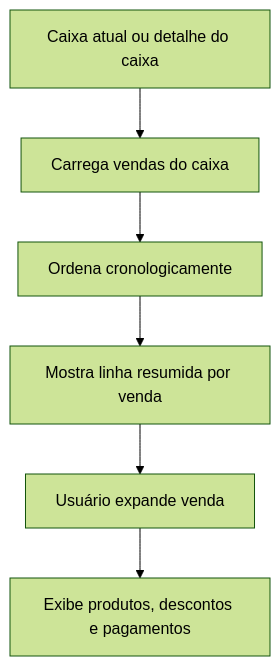
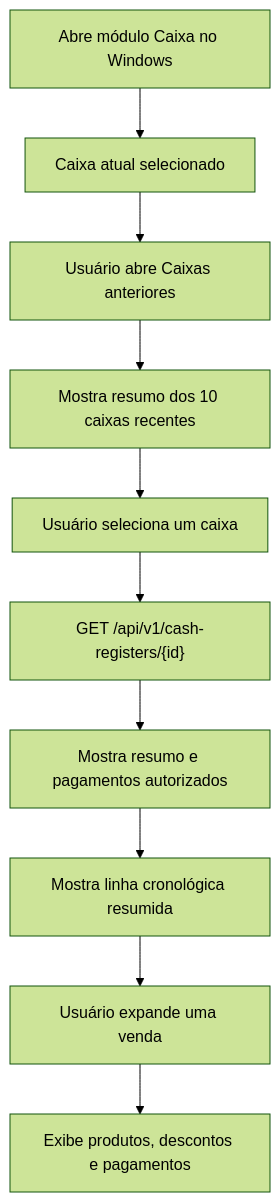
The seventh of 11 diagrams in docs/06-fluxo-sistema.md (RafaelBG7/pdv2026), drawn with Mermaid (forest theme) before and after one commit. The commit also changed 6 other files, not shown here.

Commit message:
docs(desktop): detalha fluxo de caixas no Windows

````diff
--- a/docs/06-fluxo-sistema.md
+++ b/docs/06-fluxo-sistema.md
@@ -126,8 +126,12 @@
 ```mermaid
 flowchart TD
-    A["Caixa atual ou detalhe do caixa"] --> B["Carrega vendas do caixa"]
-    B --> C["Ordena cronologicamente"]
-    C --> D["Mostra linha resumida por venda"]
-    D --> E["Usuário expande venda"]
-    E --> F["Exibe produtos, descontos e pagamentos"]
+    A["Abre módulo Caixa no Windows"] --> B["Caixa atual selecionado"]
+    B --> C["Usuário abre Caixas anteriores"]
+    C --> D["Mostra resumo dos 10 caixas recentes"]
+    D --> E["Usuário seleciona um caixa"]
+    E --> F["GET /api/v1/cash-registers/{id}"]
+    F --> G["Mostra resumo e pagamentos autorizados"]
+    G --> H["Mostra linha cronológica resumida"]
+    H --> I["Usuário expande uma venda"]
+    I --> J["Exibe produtos, descontos e pagamentos"]
 ```
````
